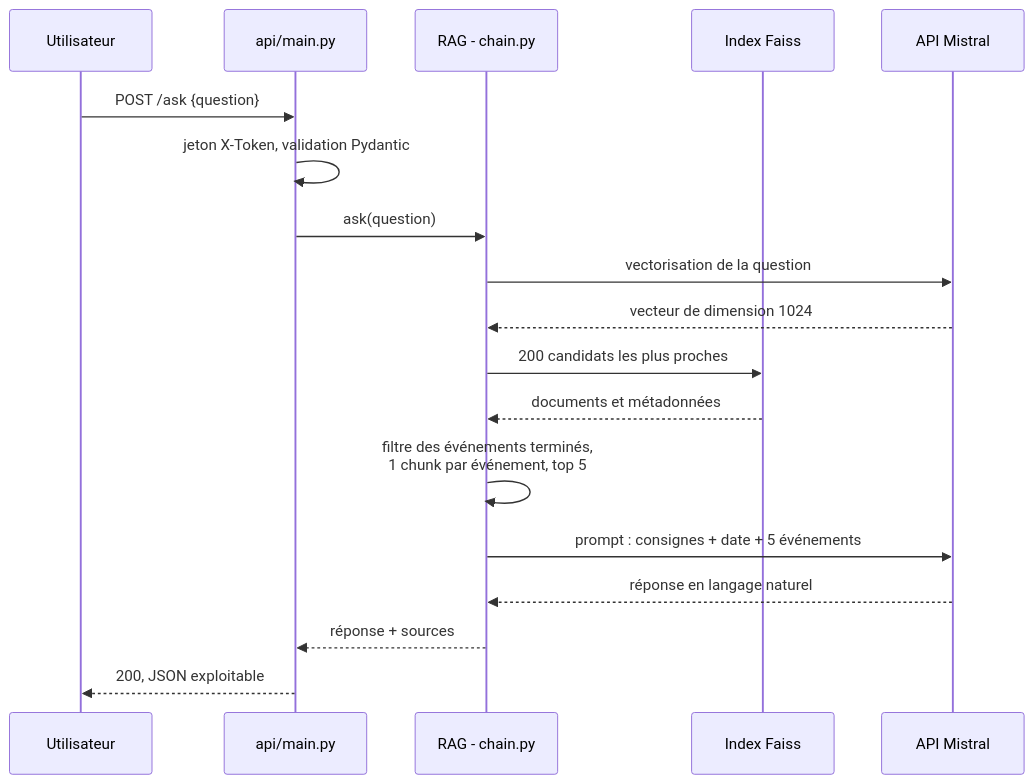
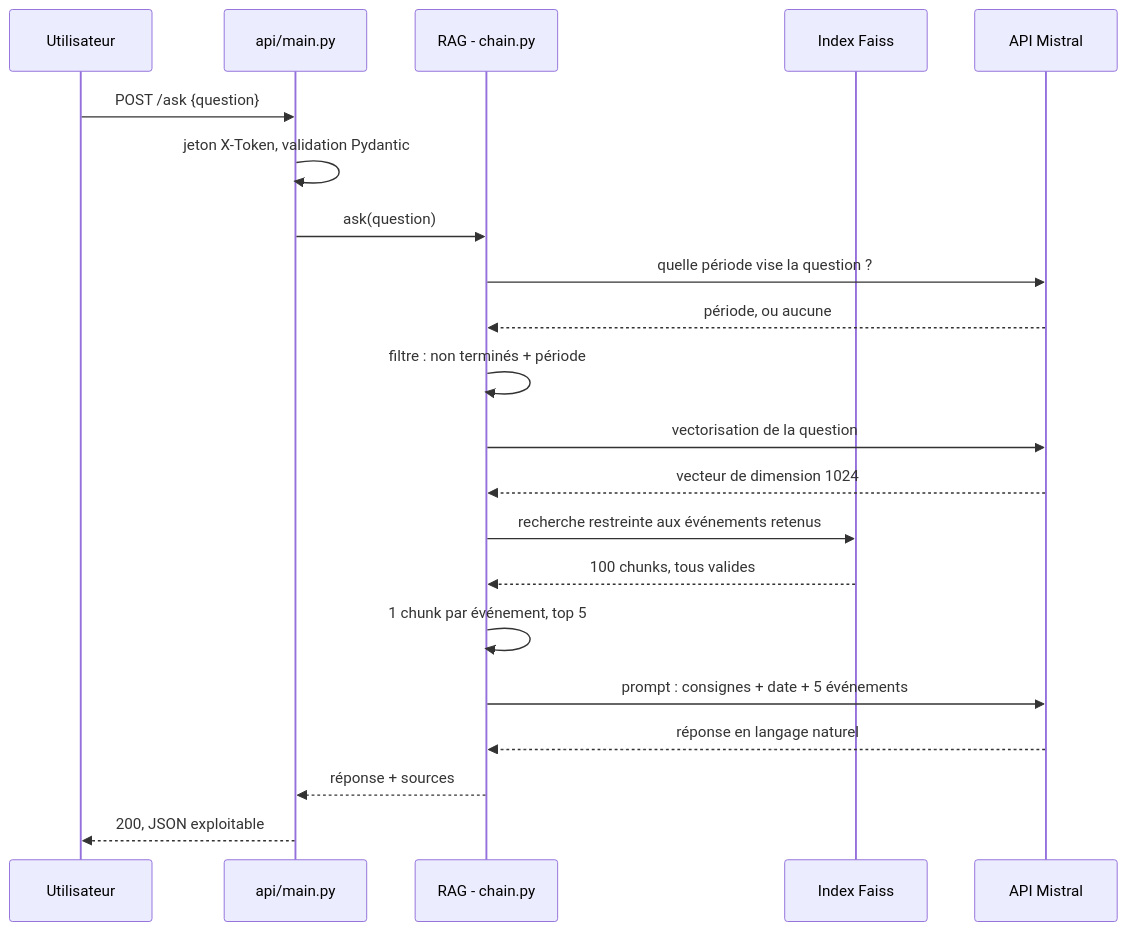
The second of 2 diagrams in docs/rapport_technique.md (lenny-ai-data/oc_project_7), drawn with Mermaid before and after one commit. The commit also changed other lines of this file and 3 other files, not shown here.

````diff
--- a/docs/rapport_technique.md
+++ b/docs/rapport_technique.md
@@ -90,21 +90,24 @@
 ```mermaid
 sequenceDiagram
     participant U as Utilisateur
     participant API as api/main.py
     participant R as RAG - chain.py
     participant F as Index Faiss
     participant M as API Mistral
 
     U->>API: POST /ask {question}
     API->>API: jeton X-Token, validation Pydantic
     API->>R: ask(question)
+    R->>M: quelle période vise la question ?
+    M-->>R: période, ou aucune
+    R->>R: filtre : non terminés + période
     R->>M: vectorisation de la question
     M-->>R: vecteur de dimension 1024
-    R->>F: 200 candidats les plus proches
-    F-->>R: documents et métadonnées
-    R->>R: filtre des événements terminés,<br/>1 chunk par événement, top 5
+    R->>F: recherche restreinte aux événements retenus
+    F-->>R: 100 chunks, tous valides
+    R->>R: 1 chunk par événement, top 5
     R->>M: prompt : consignes + date + 5 événements
     M-->>R: réponse en langage naturel
     R-->>API: réponse + sources
     API-->>U: 200, JSON exploitable
 ```
````
